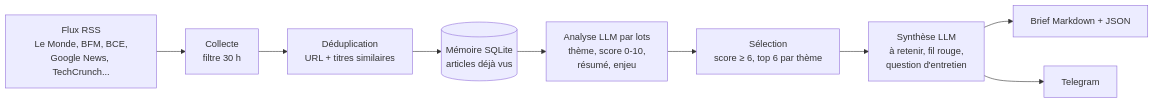
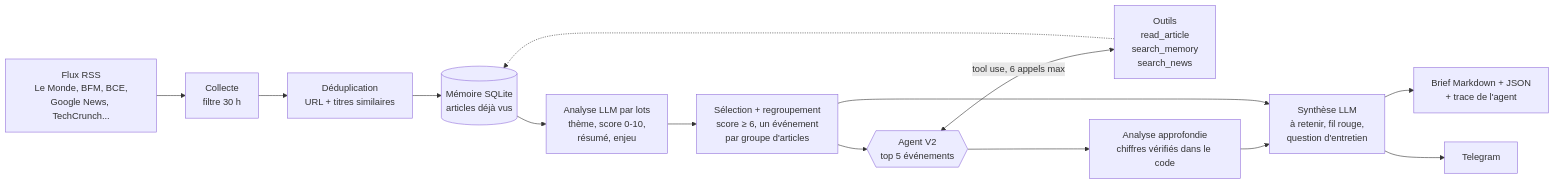
One commit to Alexjudoue/Veille-ia changed the diagram in README.md. Above: the diagram before and after it, drawn with Mermaid. The commit also changed other lines of this file and 2 other files, not shown here.

````diff
--- a/README.md
+++ b/README.md
@@ -9,11 +11,16 @@
 ```mermaid
 flowchart LR
     A[Flux RSS<br/>Le Monde, BFM, BCE,<br/>Google News, TechCrunch...] --> B[Collecte<br/>filtre 30 h]
     B --> C[Déduplication<br/>URL + titres similaires]
     C --> D[(Mémoire SQLite<br/>articles déjà vus)]
     D --> E[Analyse LLM par lots<br/>thème, score 0-10,<br/>résumé, enjeu]
-    E --> F[Sélection<br/>score ≥ 6, top 6 par thème]
-    F --> G[Synthèse LLM<br/>à retenir, fil rouge,<br/>question d'entretien]
-    G --> H[Brief Markdown + JSON]
+    E --> F[Sélection + regroupement<br/>score ≥ 6, un événement<br/>par groupe d'articles]
+    F --> J{{Agent V2<br/>top 5 événements}}
+    J <-->|tool use, 6 appels max| K[Outils<br/>read_article<br/>search_memory<br/>search_news]
+    K -.-> D
+    J --> L[Analyse approfondie<br/>chiffres vérifiés dans le code]
+    L --> G[Synthèse LLM<br/>à retenir, fil rouge,<br/>question d'entretien]
+    F --> G
+    G --> H[Brief Markdown + JSON<br/>+ trace de l'agent]
     G --> I[Telegram]
 ```
````
